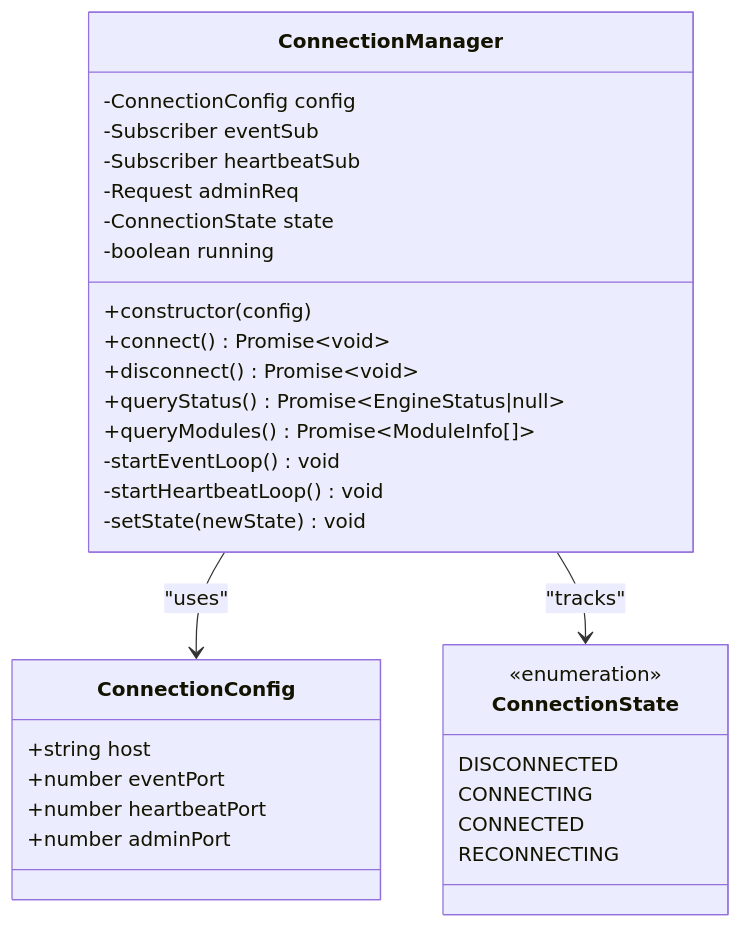
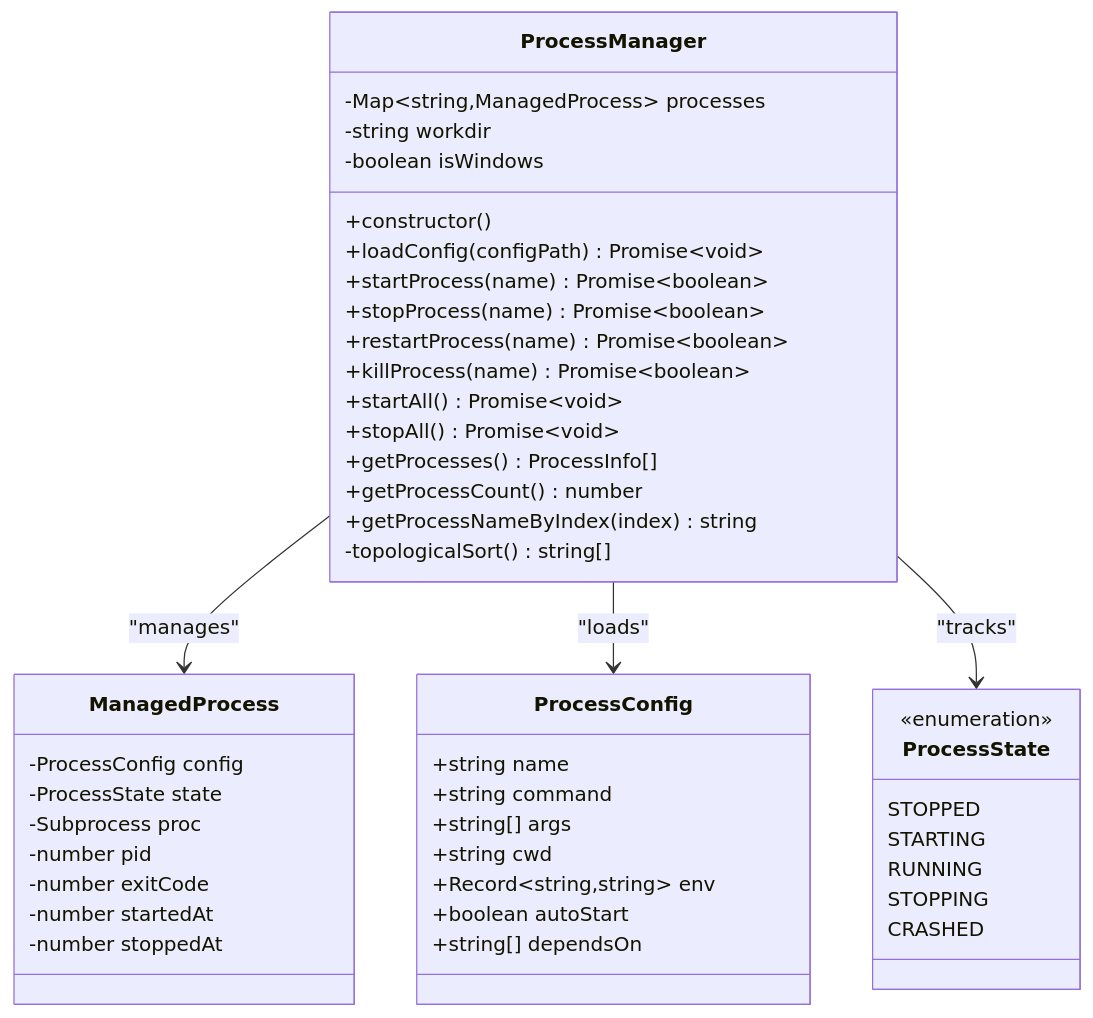
Before and after one commit to zt281/TycheEngine: the fourth of 10 diagrams in .qoder/repowiki/en/content/Advanced Features/Terminal User Interface Dashboard.md, drawn with Mermaid. The commit also changed other lines of this file and 33 other files, not shown here.

````diff
--- a/.qoder/repowiki/en/content/Advanced Features/Terminal User Interface Dashboard.md
+++ b/.qoder/repowiki/en/content/Advanced Features/Terminal User Interface Dashboard.md
@@ -216,34 +280,49 @@
 ```mermaid
 classDiagram
-class ConnectionManager {
--ConnectionConfig config
--Subscriber eventSub
--Subscriber heartbeatSub
--Request adminReq
--ConnectionState state
--boolean running
-+constructor(config)
-+connect() Promise~void~
-+disconnect() Promise~void~
-+queryStatus() Promise~EngineStatus|null~
-+queryModules() Promise~ModuleInfo[]~
--startEventLoop() void
--startHeartbeatLoop() void
--setState(newState) void
+class ProcessManager {
+-Map~string,ManagedProcess~ processes
+-string workdir
+-boolean isWindows
++constructor()
++loadConfig(configPath) Promise~void~
++startProcess(name) Promise~boolean~
++stopProcess(name) Promise~boolean~
++restartProcess(name) Promise~boolean~
++killProcess(name) Promise~boolean~
++startAll() Promise~void~
++stopAll() Promise~void~
++getProcesses() ProcessInfo[]
++getProcessCount() number
++getProcessNameByIndex(index) string
+-topologicalSort() string[]
 }
-class ConnectionConfig {
-+string host
-+number eventPort
-+number heartbeatPort
-+number adminPort
+class ManagedProcess {
+-ProcessConfig config
+-ProcessState state
+-Subprocess proc
+-number pid
+-number exitCode
+-number startedAt
+-number stoppedAt
 }
-class ConnectionState {
+class ProcessConfig {
++string name
++string command
++string[] args
++string cwd
++Record~string,string~ env
++boolean autoStart
++string[] dependsOn
+}
+class ProcessState {
 <<enumeration>>
-DISCONNECTED
-CONNECTING
-CONNECTED
-RECONNECTING
+STOPPED
+STARTING
+RUNNING
+STOPPING
+CRASHED
 }
-ConnectionManager --> ConnectionConfig : "uses"
-ConnectionManager --> ConnectionState : "tracks"
+ProcessManager --> ManagedProcess : "manages"
+ProcessManager --> ProcessConfig : "loads"
+ProcessManager --> ProcessState : "tracks"
 ```
````
